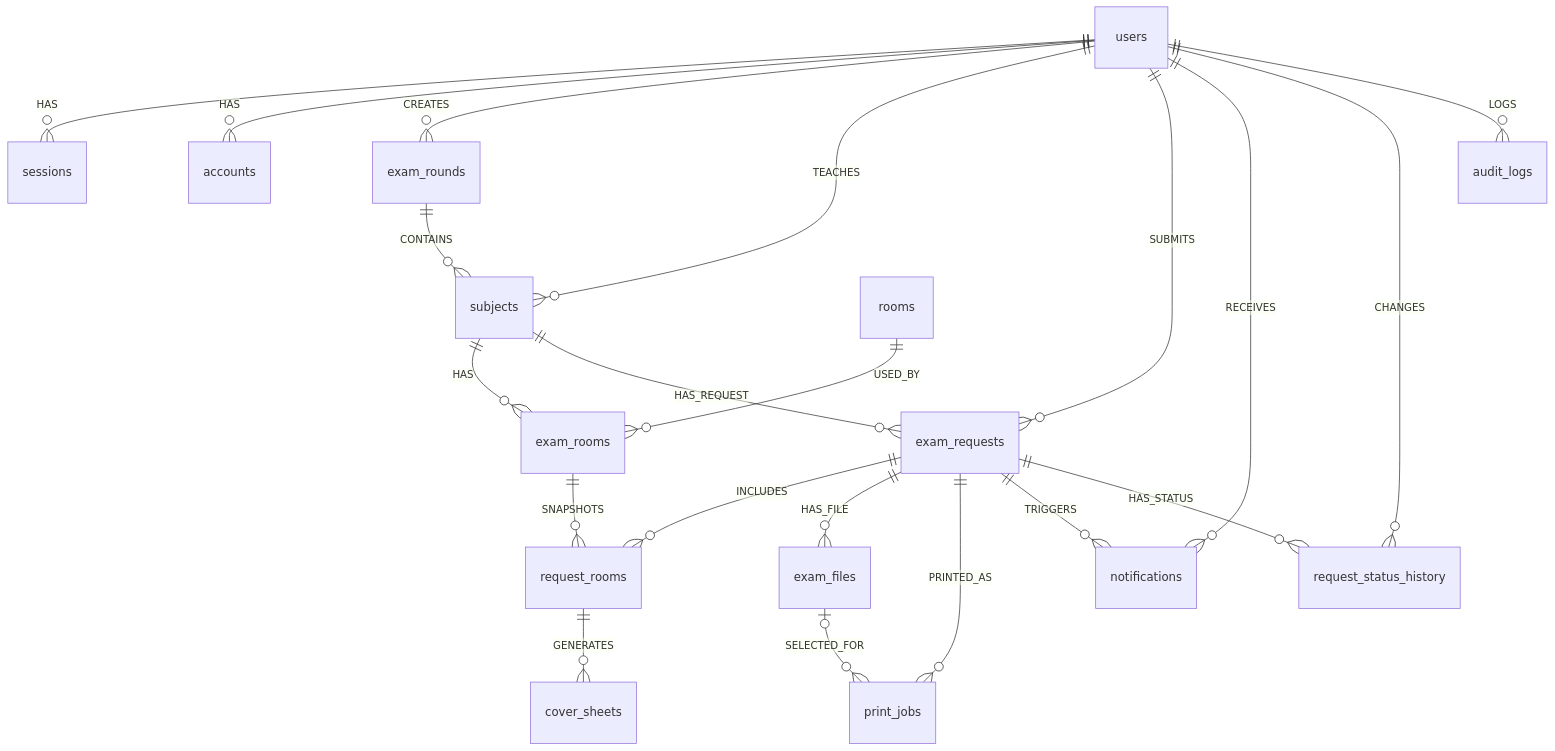
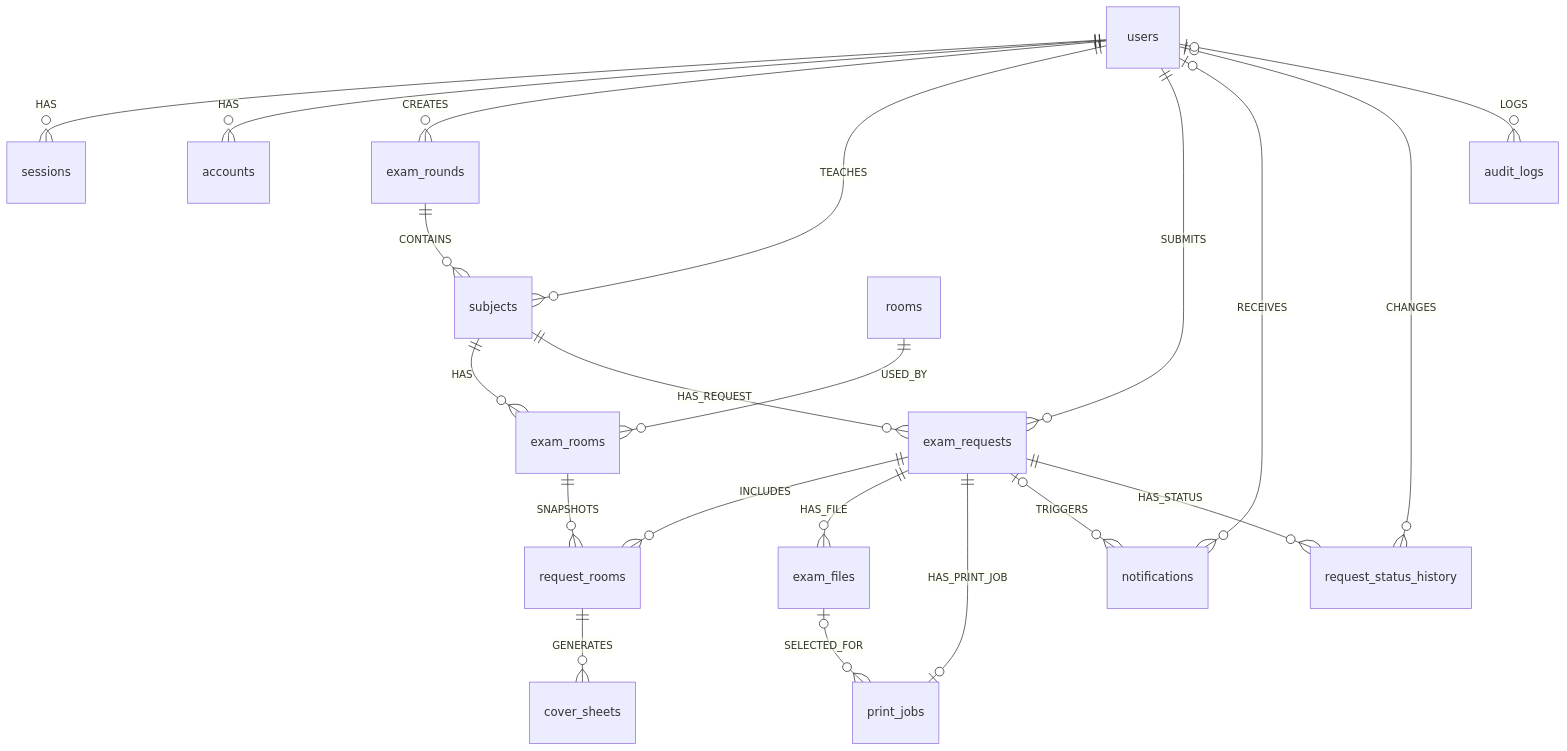
One commit to Valtheros/Examsystem changed the diagram in docs/ERD.md. Above: the diagram before and after it, drawn with Mermaid. The commit also changed other lines of this file and 61 other files, not shown here.

Commit message:
feat: refresh UI, streamline schema, and document Docker setup

````diff
--- a/docs/ERD.md
+++ b/docs/ERD.md
@@ -5,23 +5,23 @@
 ```mermaid
 erDiagram
   users ||--o{ sessions : HAS
   users ||--o{ accounts : HAS
   users ||--o{ exam_rounds : CREATES
   users ||--o{ subjects : TEACHES
   exam_rounds ||--o{ subjects : CONTAINS
   subjects ||--o{ exam_rooms : HAS
   rooms ||--o{ exam_rooms : USED_BY
   subjects ||--o{ exam_requests : HAS_REQUEST
   users ||--o{ exam_requests : SUBMITS
   exam_requests ||--o{ request_rooms : INCLUDES
   exam_rooms ||--o{ request_rooms : SNAPSHOTS
   exam_requests ||--o{ exam_files : HAS_FILE
   request_rooms ||--o{ cover_sheets : GENERATES
-  exam_requests ||--o{ print_jobs : PRINTED_AS
+  exam_requests ||--o| print_jobs : HAS_PRINT_JOB
   exam_files |o--o{ print_jobs : SELECTED_FOR
-  exam_requests ||--o{ notifications : TRIGGERS
-  users ||--o{ notifications : RECEIVES
+  exam_requests |o--o{ notifications : TRIGGERS
+  users |o--o{ notifications : RECEIVES
   exam_requests ||--o{ request_status_history : HAS_STATUS
-  users ||--o{ request_status_history : CHANGES
-  users ||--o{ audit_logs : LOGS
+  users |o--o{ request_status_history : CHANGES
+  users |o--o{ audit_logs : LOGS
 ```
````
